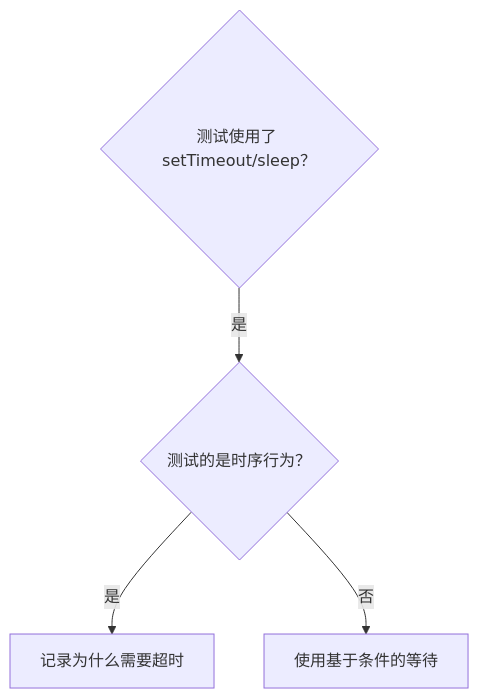
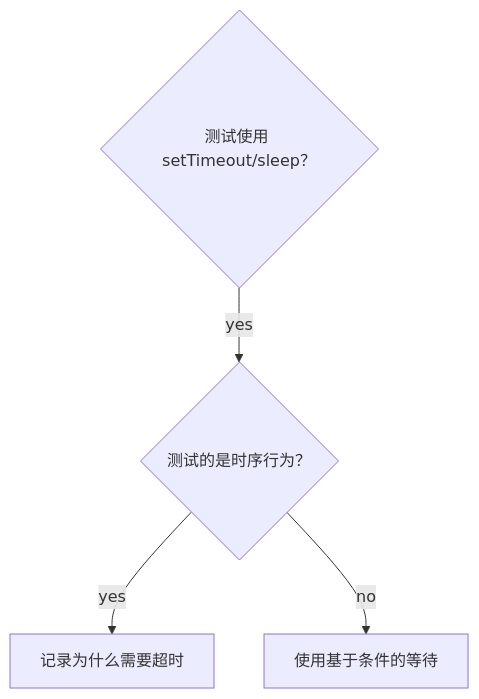
The diagram in superpowers/skills/systematic-debugging/condition-based-waiting_cn.md (zhliner/aiTips), drawn with Mermaid before and after one commit. The commit also changed other lines of this file and 35 other files, not shown here.

````diff
--- a/superpowers/skills/systematic-debugging/condition-based-waiting_cn.md
+++ b/superpowers/skills/systematic-debugging/condition-based-waiting_cn.md
@@ -11,11 +11,11 @@
 ```mermaid
 flowchart TD
-    A{测试使用了 setTimeout/sleep？}
-    B{测试的是时序行为？}
-    C[记录为什么需要超时]
-    D[使用基于条件的等待]
+    A{"测试使用 setTimeout/sleep？"}
+    B{"测试的是时序行为？"}
+    C["记录为什么需要超时"]
+    D["使用基于条件的等待"]
 
-    A -->|是| B
-    B -->|是| C
-    B -->|否| D
+    A -->|yes| B
+    B -->|yes| C
+    B -->|no| D
 ```
````
